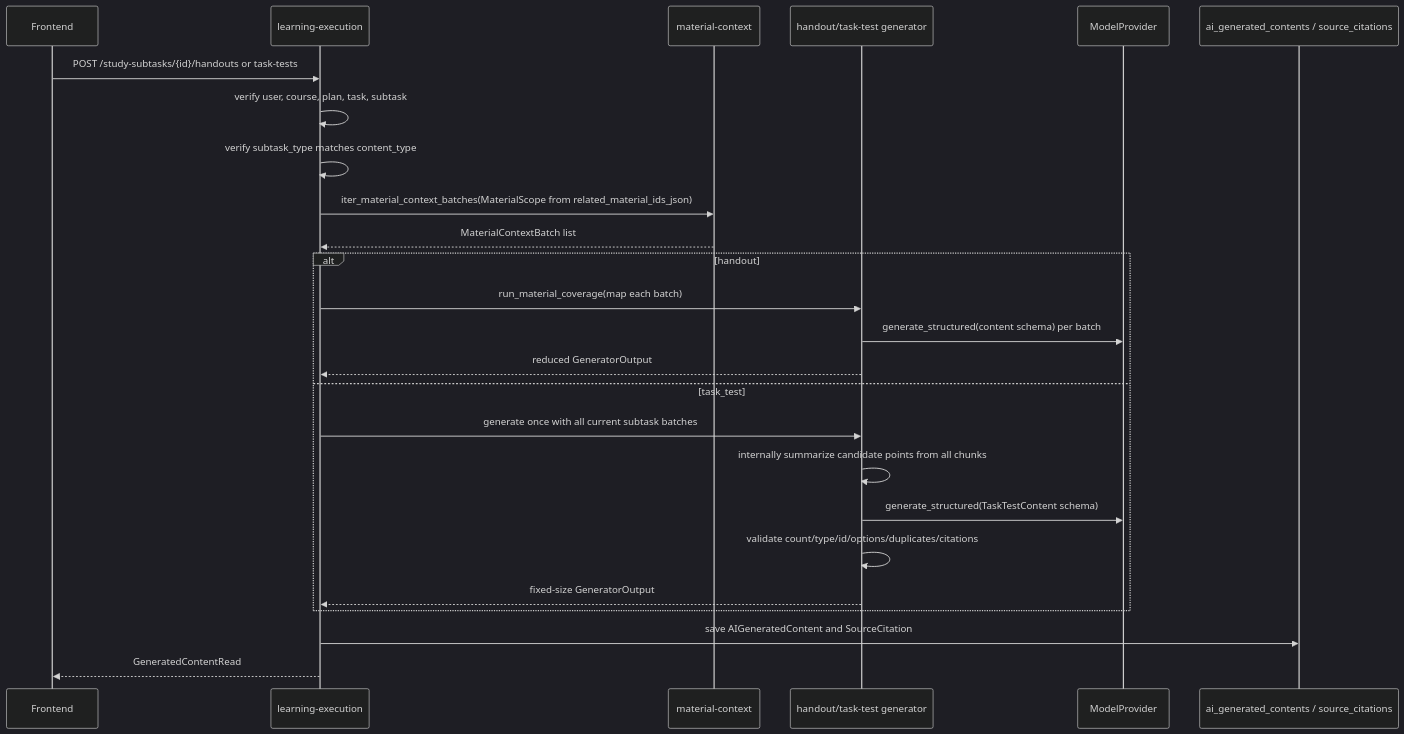
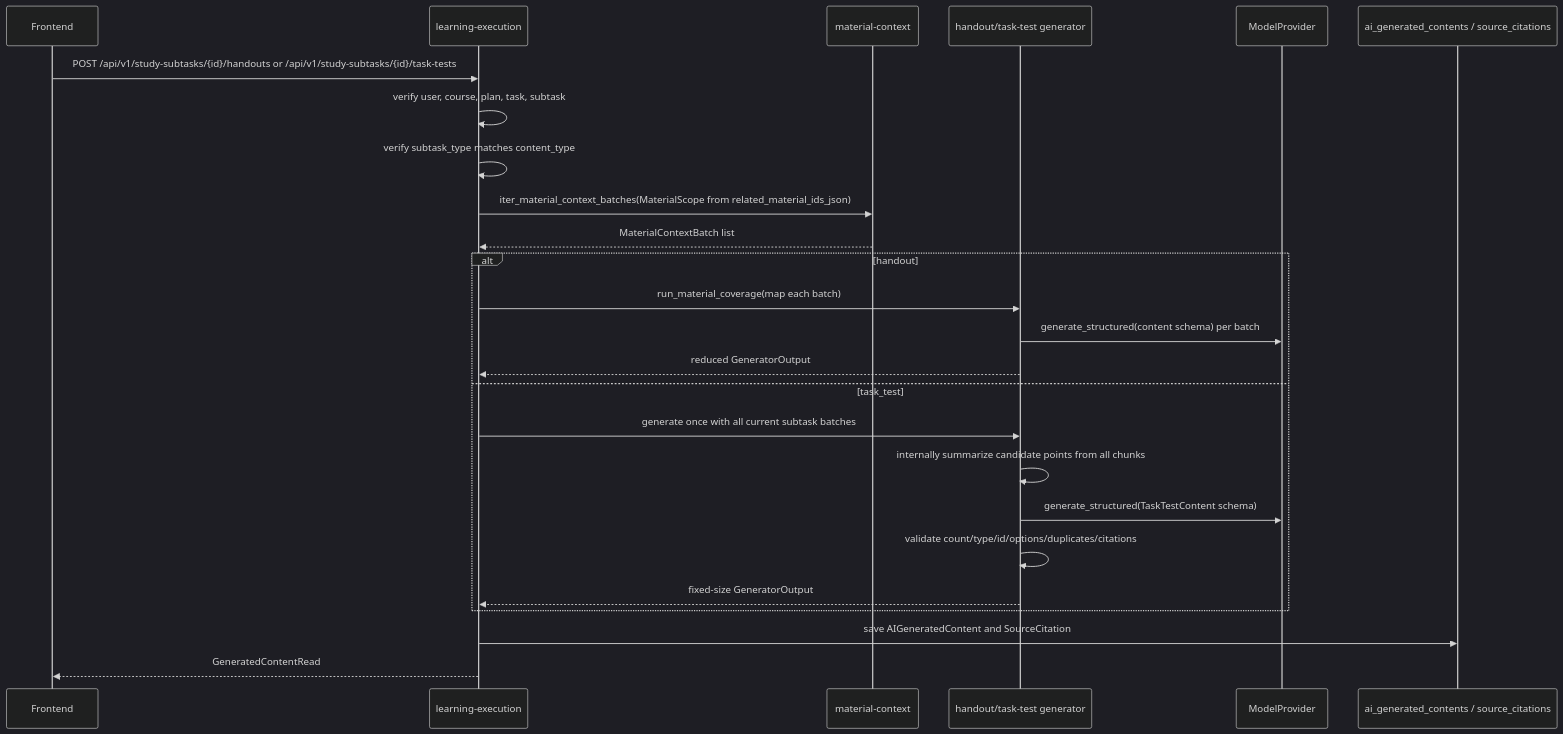
The diagram in docs/domains/study-mode/task-content.md (cyruan815/CourseNexus), drawn with Mermaid (dark theme) before and after one commit. The commit also changed 11 other files, not shown here.

Commit message:
docs: 校正 Study Mode API 契约口径

````diff
--- a/docs/domains/study-mode/task-content.md
+++ b/docs/domains/study-mode/task-content.md
@@ -45,28 +45,28 @@
 ```mermaid
 sequenceDiagram
     participant FE as Frontend
     participant LE as learning-execution
     participant MC as material-context
     participant GEN as handout/task-test generator
     participant MP as ModelProvider
     participant DB as ai_generated_contents / source_citations
 
-    FE->>LE: POST /study-subtasks/{id}/handouts or task-tests
+    FE->>LE: POST /api/v1/study-subtasks/{id}/handouts or /api/v1/study-subtasks/{id}/task-tests
     LE->>LE: verify user, course, plan, task, subtask
     LE->>LE: verify subtask_type matches content_type
     LE->>MC: iter_material_context_batches(MaterialScope from related_material_ids_json)
     MC-->>LE: MaterialContextBatch list
     alt handout
         LE->>GEN: run_material_coverage(map each batch)
         GEN->>MP: generate_structured(content schema) per batch
         GEN-->>LE: reduced GeneratorOutput
     else task_test
         LE->>GEN: generate once with all current subtask batches
         GEN->>GEN: internally summarize candidate points from all chunks
         GEN->>MP: generate_structured(TaskTestContent schema)
         GEN->>GEN: validate count/type/id/options/duplicates/citations
         GEN-->>LE: fixed-size GeneratorOutput
     end
     LE->>DB: save AIGeneratedContent and SourceCitation
     LE-->>FE: GeneratedContentRead
 ```
````
